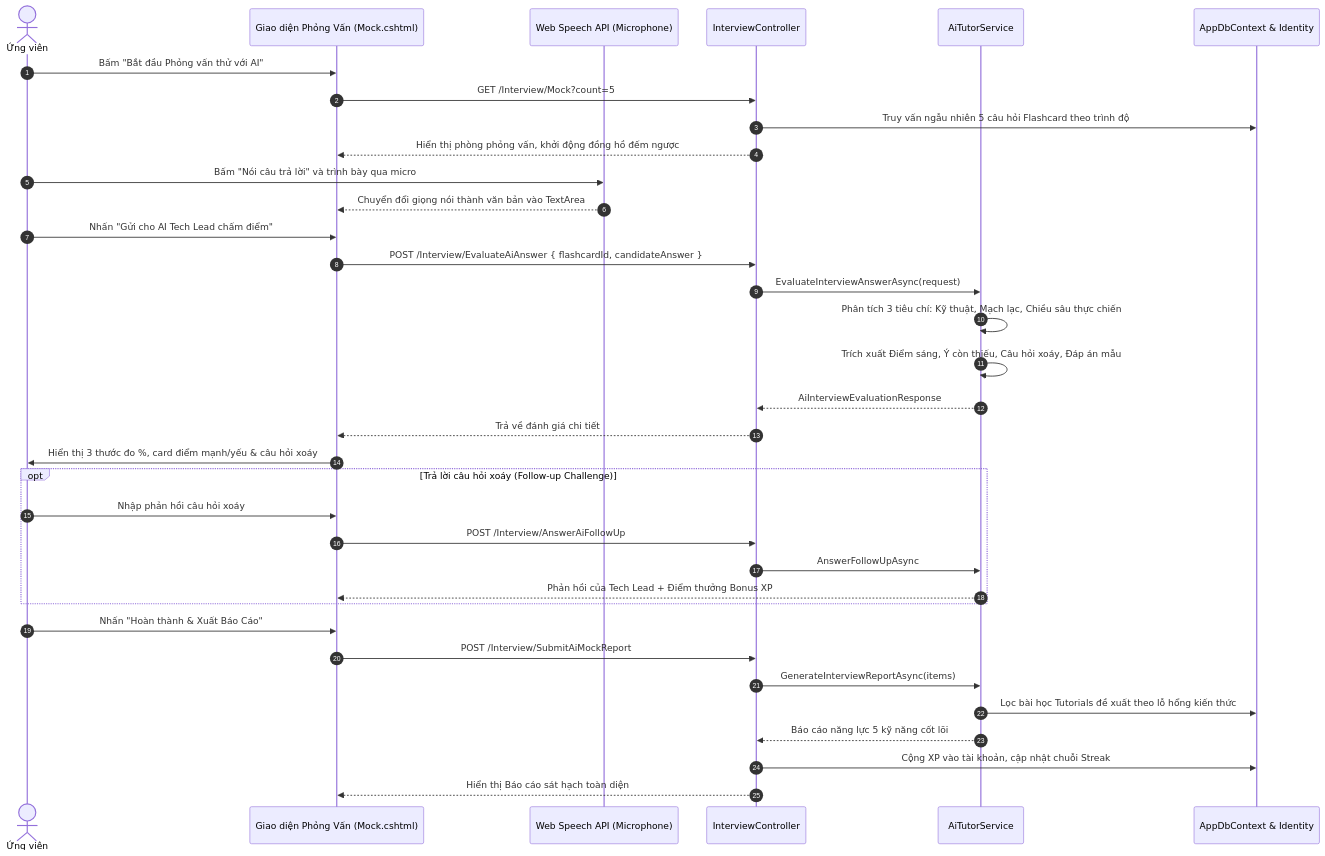
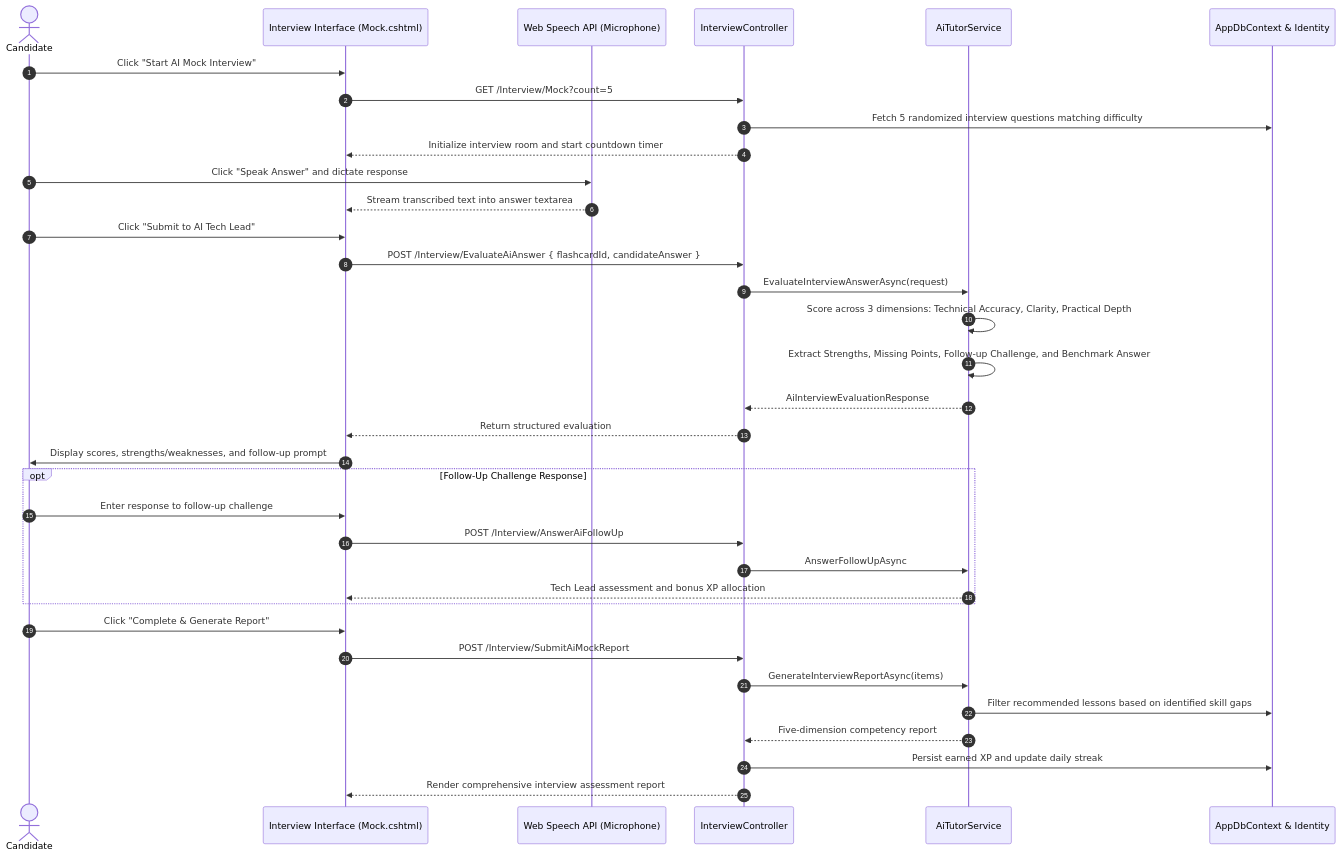
The third of 4 diagrams in docs/02_system_architecture_overview.md (KaitoDeus/NET-Tutos), drawn with Mermaid before and after one commit. The commit also changed other lines of this file and 5 other files, not shown here.

````diff
--- a/docs/02_system_architecture_overview.md
+++ b/docs/02_system_architecture_overview.md
@@ -123,42 +124,42 @@
 ```mermaid
 sequenceDiagram
     autonumber
-    actor ỨngViên as Ứng viên
-    participant WebUI as Giao diện Phỏng Vấn (Mock.cshtml)
+    actor Candidate as Candidate
+    participant WebUI as Interview Interface (Mock.cshtml)
     participant Speech as Web Speech API (Microphone)
     participant InterviewCtrl as InterviewController
     participant AiTutor as AiTutorService
     participant DB as AppDbContext & Identity
 
-    ỨngViên->>WebUI: Bấm "Bắt đầu Phỏng vấn thử với AI"
+    Candidate->>WebUI: Click "Start AI Mock Interview"
     WebUI->>InterviewCtrl: GET /Interview/Mock?count=5
-    InterviewCtrl->>DB: Truy vấn ngẫu nhiên 5 câu hỏi Flashcard theo trình độ
-    InterviewCtrl-->>WebUI: Hiển thị phòng phỏng vấn, khởi động đồng hồ đếm ngược
+    InterviewCtrl->>DB: Fetch 5 randomized interview questions matching difficulty
+    InterviewCtrl-->>WebUI: Initialize interview room and start countdown timer
     
-    ỨngViên->>Speech: Bấm "Nói câu trả lời" và trình bày qua micro
-    Speech-->>WebUI: Chuyển đổi giọng nói thành văn bản vào TextArea
-    ỨngViên->>WebUI: Nhấn "Gửi cho AI Tech Lead chấm điểm"
+    Candidate->>Speech: Click "Speak Answer" and dictate response
+    Speech-->>WebUI: Stream transcribed text into answer textarea
+    Candidate->>WebUI: Click "Submit to AI Tech Lead"
     
     WebUI->>InterviewCtrl: POST /Interview/EvaluateAiAnswer { flashcardId, candidateAnswer }
     InterviewCtrl->>AiTutor: EvaluateInterviewAnswerAsync(request)
-    AiTutor->>AiTutor: Phân tích 3 tiêu chí: Kỹ thuật, Mạch lạc, Chiều sâu thực chiến
-    AiTutor->>AiTutor: Trích xuất Điểm sáng, Ý còn thiếu, Câu hỏi xoáy, Đáp án mẫu
+    AiTutor->>AiTutor: Score across 3 dimensions: Technical Accuracy, Clarity, Practical Depth
+    AiTutor->>AiTutor: Extract Strengths, Missing Points, Follow-up Challenge, and Benchmark Answer
     AiTutor-->>InterviewCtrl: AiInterviewEvaluationResponse
-    InterviewCtrl-->>WebUI: Trả về đánh giá chi tiết
-    WebUI->>ỨngViên: Hiển thị 3 thước đo %, card điểm mạnh/yếu & câu hỏi xoáy
+    InterviewCtrl-->>WebUI: Return structured evaluation
+    WebUI->>Candidate: Display scores, strengths/weaknesses, and follow-up prompt
     
-    opt Trả lời câu hỏi xoáy (Follow-up Challenge)
-        ỨngViên->>WebUI: Nhập phản hồi câu hỏi xoáy
+    opt Follow-Up Challenge Response
+        Candidate->>WebUI: Enter response to follow-up challenge
         WebUI->>InterviewCtrl: POST /Interview/AnswerAiFollowUp
         InterviewCtrl->>AiTutor: AnswerFollowUpAsync
-        AiTutor-->>WebUI: Phản hồi của Tech Lead + Điểm thưởng Bonus XP
+        AiTutor-->>WebUI: Tech Lead assessment and bonus XP allocation
     end
     
-    ỨngViên->>WebUI: Nhấn "Hoàn thành & Xuất Báo Cáo"
+    Candidate->>WebUI: Click "Complete & Generate Report"
     WebUI->>InterviewCtrl: POST /Interview/SubmitAiMockReport
     InterviewCtrl->>AiTutor: GenerateInterviewReportAsync(items)
-    AiTutor->>DB: Lọc bài học Tutorials đề xuất theo lỗ hổng kiến thức
-    AiTutor-->>InterviewCtrl: Báo cáo năng lực 5 kỹ năng cốt lõi
-    InterviewCtrl->>DB: Cộng XP vào tài khoản, cập nhật chuỗi Streak
-    InterviewCtrl-->>WebUI: Hiển thị Báo cáo sát hạch toàn diện
+    AiTutor->>DB: Filter recommended lessons based on identified skill gaps
+    AiTutor-->>InterviewCtrl: Five-dimension competency report
+    InterviewCtrl->>DB: Persist earned XP and update daily streak
+    InterviewCtrl-->>WebUI: Render comprehensive interview assessment report
 ```
````
